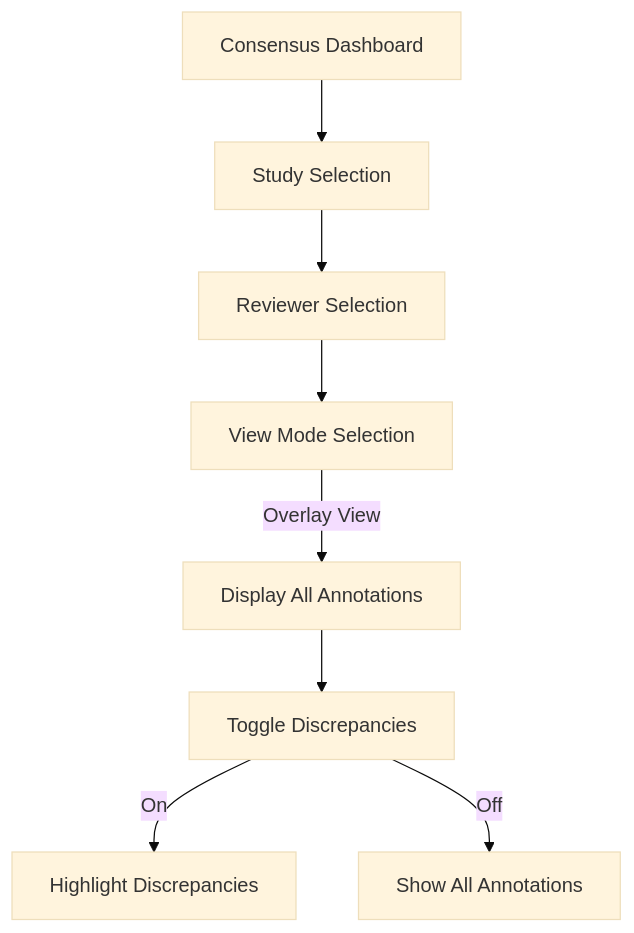
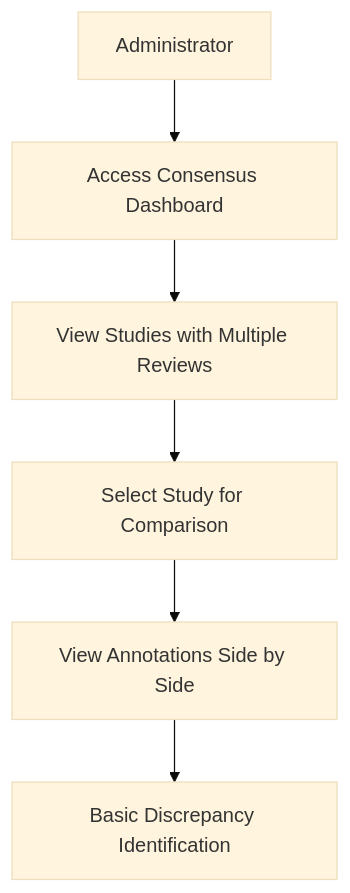
The fifth of 9 diagrams in docs/core_features.md (mgadaphy/dicom-research), drawn with Mermaid (base theme) before and after one commit. The commit also changed other lines of this file and 3 other files, not shown here.

````diff
--- a/docs/core_features.md
+++ b/docs/core_features.md
@@ -451,11 +451,8 @@
 ```mermaid
 graph TD
-  A[Consensus Dashboard] --> B[Study Selection]
-  B --> C[Reviewer Selection]
-  C --> D[View Mode Selection]
-  
-  D -->|Overlay View| E[Display All Annotations]
-  E --> F[Toggle Discrepancies]
-  F -->|On| G[Highlight Discrepancies]
-  F -->|Off| H[Show All Annotations]
+  A[Administrator] --> B[Access Consensus Dashboard]
+  B --> C[View Studies with Multiple Reviews]
+  C --> D[Select Study for Comparison]
+  D --> E[View Annotations Side by Side]
+  E --> F[Basic Discrepancy Identification]
 ```
````
